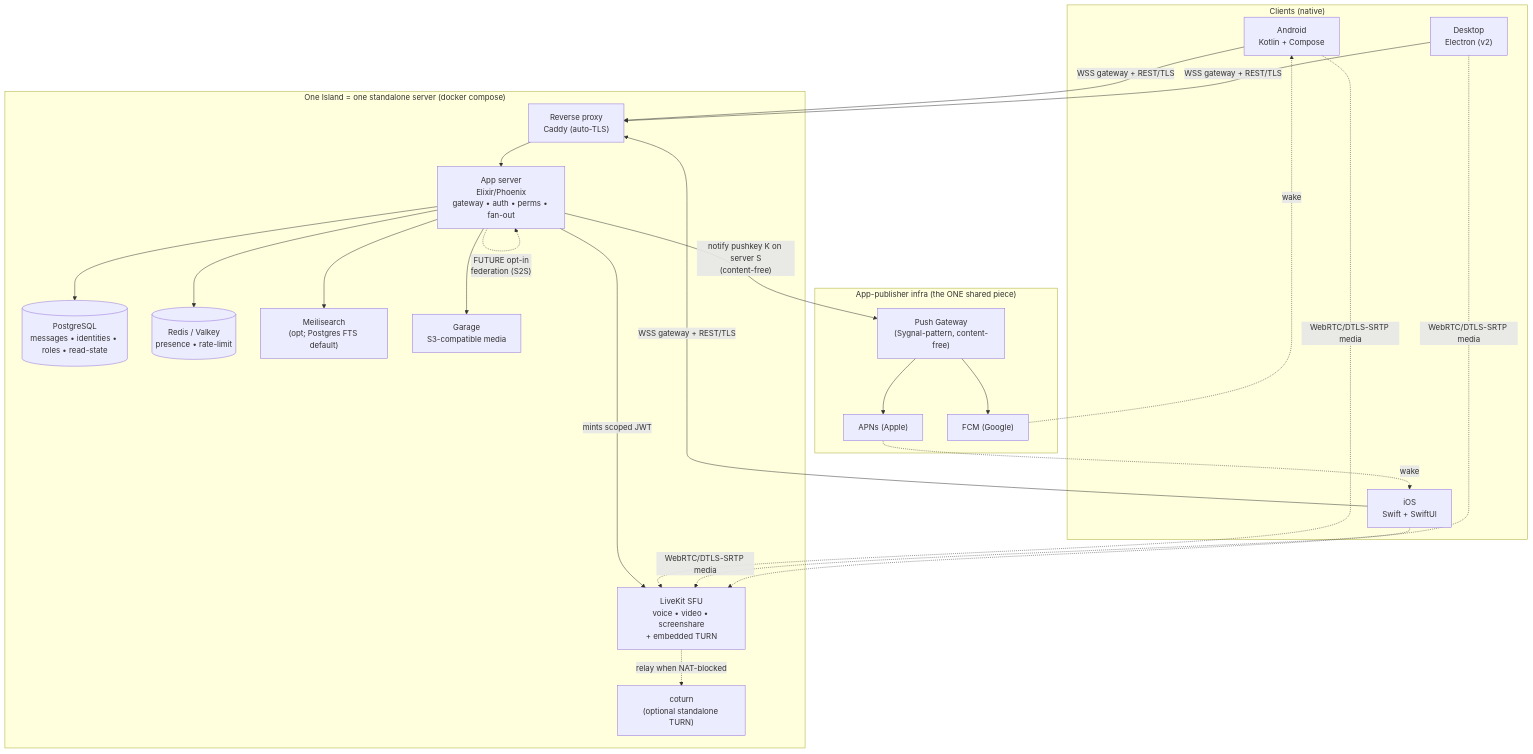
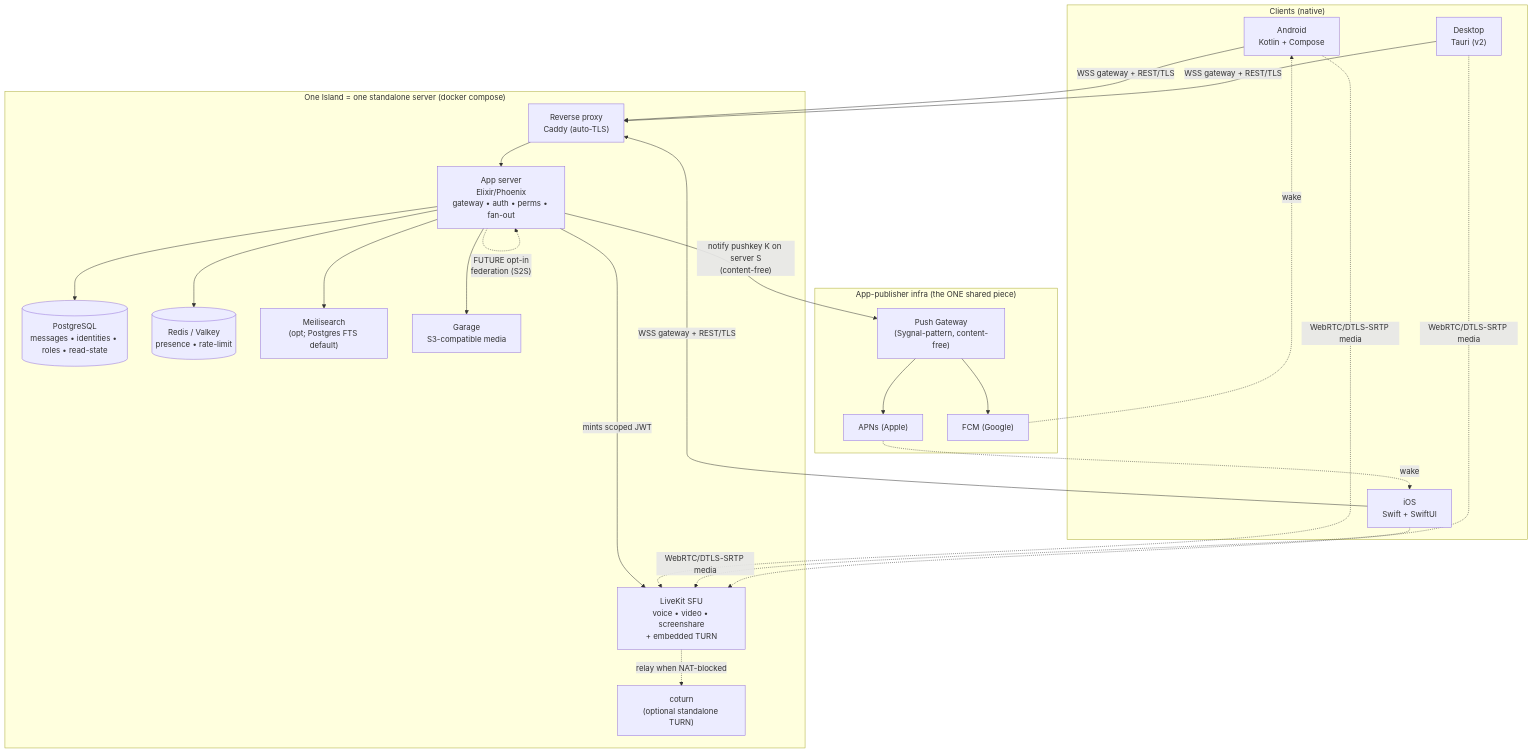
The diagram in projects/irc-chat/PLAN.md (erancihan/erancihan), drawn with Mermaid before and after one commit. The commit also changed other lines of this file and 1 other file, not shown here.

First line of the commit message:
docs(irc-chat): lock KMP+Rust crypto core, E2EE pre-investment, Tauri, scale tier

````diff
--- a/projects/irc-chat/PLAN.md
+++ b/projects/irc-chat/PLAN.md
@@ -147,49 +149,49 @@
 ```mermaid
 flowchart TB
   subgraph Clients["Clients (native)"]
     A["Android<br/>Kotlin + Compose"]
     I["iOS<br/>Swift + SwiftUI"]
-    D["Desktop<br/>Electron (v2)"]
+    D["Desktop<br/>Tauri (v2)"]
   end
 
   subgraph Publisher["App-publisher infra (the ONE shared piece)"]
     PG["Push Gateway<br/>(Sygnal-pattern, content-free)"]
     APNs["APNs (Apple)"]
     FCM["FCM (Google)"]
     PG --> APNs
     PG --> FCM
   end
 
   subgraph Island["One Island = one standalone server (docker compose)"]
     RP["Reverse proxy<br/>Caddy (auto-TLS)"]
     APP["App server<br/>Elixir/Phoenix<br/>gateway • auth • perms • fan-out"]
     DBP[("PostgreSQL<br/>messages • identities • roles • read-state")]
     CACHE[("Redis / Valkey<br/>presence • rate-limit")]
     SEARCH["Meilisearch<br/>(opt; Postgres FTS default)"]
     OBJ["Garage<br/>S3-compatible media"]
     SFU["LiveKit SFU<br/>voice • video • screenshare<br/>+ embedded TURN"]
     TURN["coturn<br/>(optional standalone TURN)"]
   end
 
   A -- "WSS gateway + REST/TLS" --> RP
   I -- "WSS gateway + REST/TLS" --> RP
   D -- "WSS gateway + REST/TLS" --> RP
   RP --> APP
   APP --> DBP
   APP --> CACHE
   APP --> SEARCH
   APP --> OBJ
   APP -- "mints scoped JWT" --> SFU
 
   A -. "WebRTC/DTLS-SRTP media" .-> SFU
   I -. "WebRTC/DTLS-SRTP media" .-> SFU
   D -. "WebRTC/DTLS-SRTP media" .-> SFU
   SFU -. "relay when NAT-blocked" .-> TURN
 
   APP -- "notify pushkey K on server S<br/>(content-free)" --> PG
   APNs -. "wake" .-> I
   FCM -. "wake" .-> A
 
   %% future seam
   APP -. "FUTURE opt-in<br/>federation (S2S)" .-> APP
 ```
````
